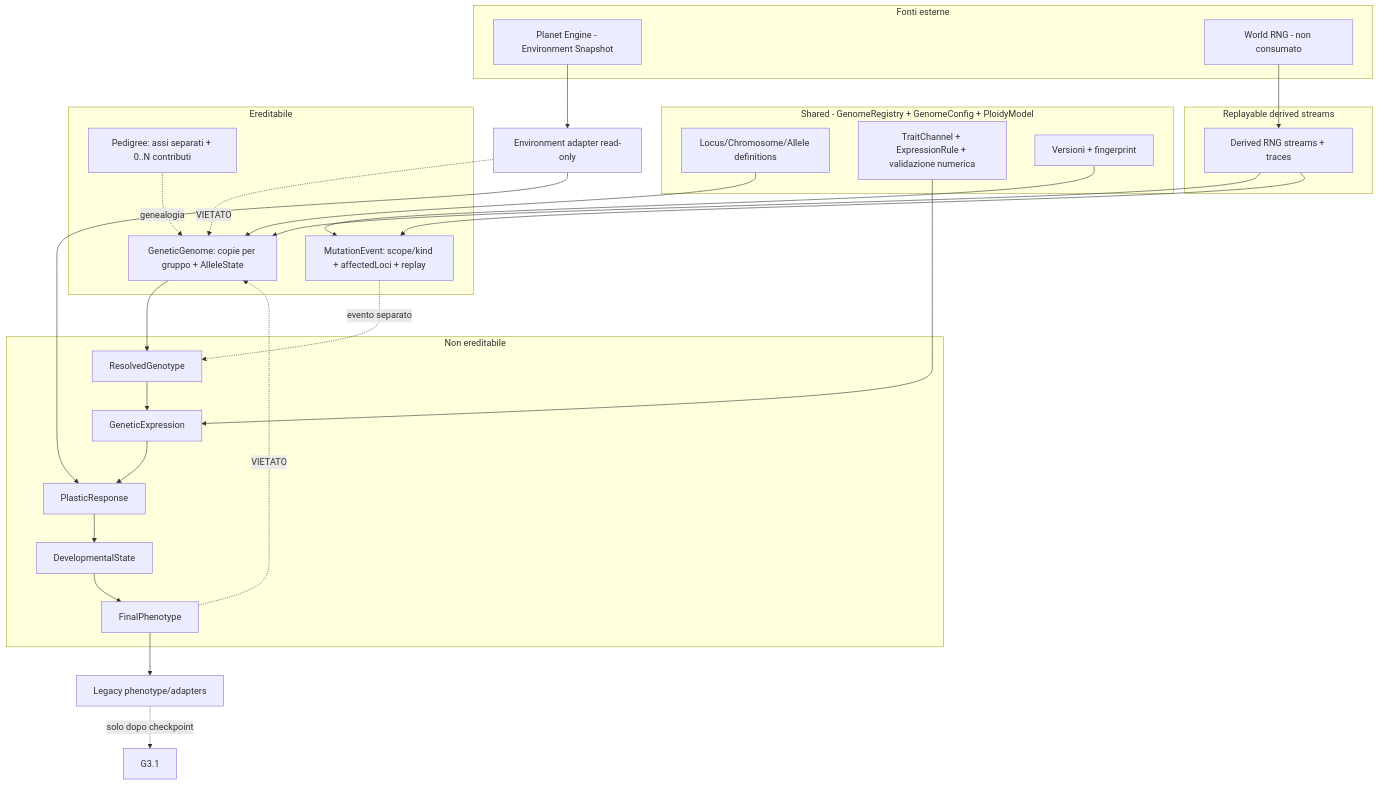
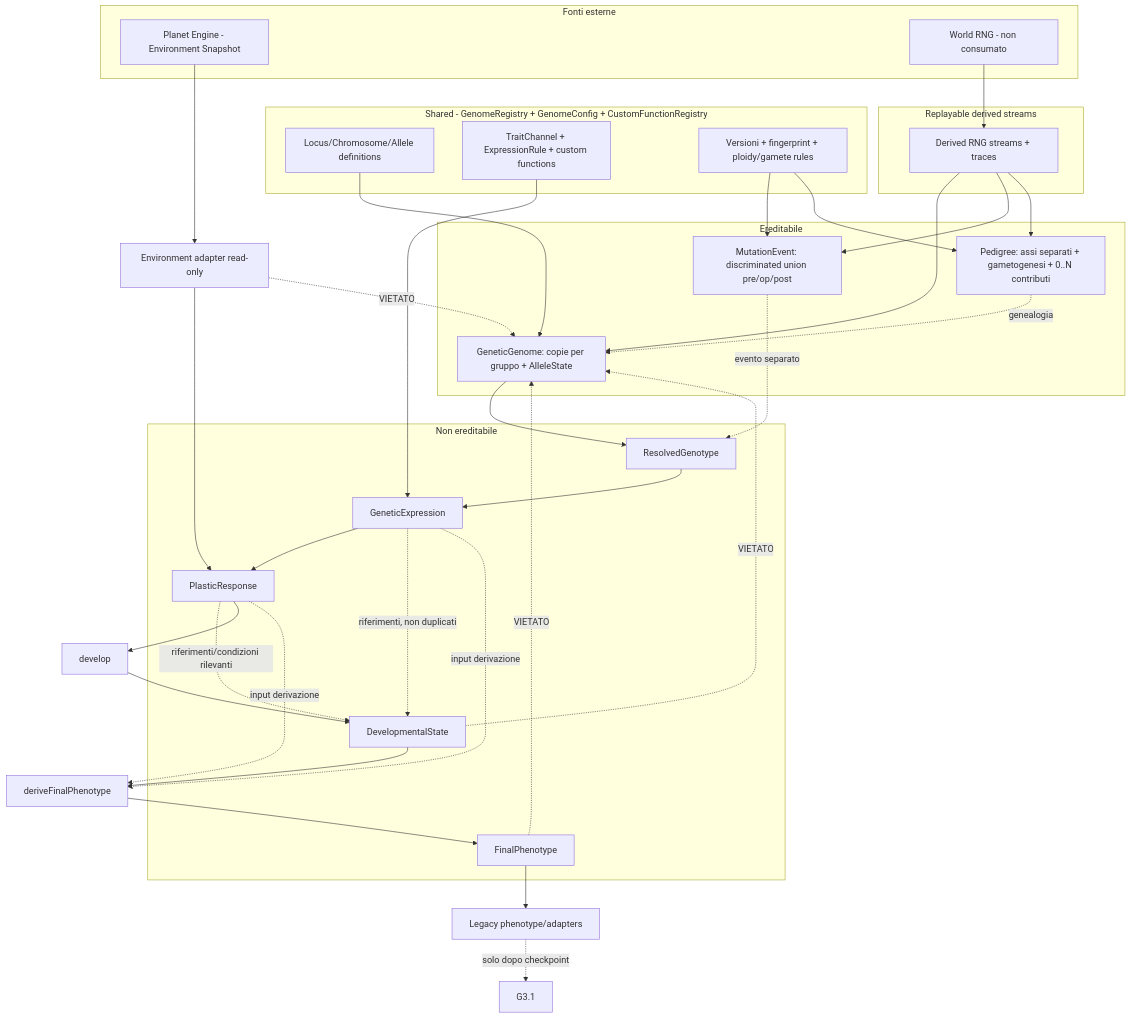
One commit to misteryone2/Evoworld changed the diagram in docs/genome/GENOME_ARCHITECTURE.md. Above: the diagram before and after it, drawn with Mermaid. The commit also changed other lines of this file and 6 other files, not shown here.

````diff
--- a/docs/genome/GENOME_ARCHITECTURE.md
+++ b/docs/genome/GENOME_ARCHITECTURE.md
@@ -184,48 +236,59 @@
 ```mermaid
 flowchart TD
-    subgraph REG[Shared - GenomeRegistry + GenomeConfig + PloidyModel]
+    subgraph REG[Shared - GenomeRegistry + GenomeConfig + CustomFunctionRegistry]
         R1[Locus/Chromosome/Allele definitions]
-        R2[TraitChannel + ExpressionRule + validazione numerica]
-        R3[Versioni + fingerprint]
+        R2[TraitChannel + ExpressionRule + custom functions]
+        R3[Versioni + fingerprint + ploidy/gamete rules]
     end
 
     subgraph SRC[Fonti esterne]
         PE[Planet Engine - Environment Snapshot]
         W[World RNG - non consumato]
     end
 
     subgraph RNG[Replayable derived streams]
         D[Derived RNG streams + traces]
     end
 
     subgraph HER[Ereditabile]
         G[GeneticGenome: copie per gruppo + AlleleState]
-        M[MutationEvent: scope/kind + affectedLoci + replay]
-        P[Pedigree: assi separati + 0..N contributi]
+        M[MutationEvent: discriminated union pre/op/post]
+        P[Pedigree: assi separati + gametogenesi + 0..N contributi]
     end
 
     subgraph PH[Non ereditabile]
         RG[ResolvedGenotype]
         GE[GeneticExpression]
         PR[PlasticResponse]
         DV[DevelopmentalState]
         FP[FinalPhenotype]
     end
 
     PE --> AD[Environment adapter read-only]
     AD --> PR
     W --> D
     D --> G
     D --> M
+    D --> P
     R1 --> G
     R2 --> GE
     R3 --> M
-    G --> RG --> GE --> PR --> DV --> FP
+    R3 --> P
+    G --> RG --> GE --> PR
+    GE -. riferimenti, non duplicati .-> DV
+    PR -. riferimenti/condizioni rilevanti .-> DV
+    PR --> DVPROC[develop]
+    DVPROC --> DV
+    DV --> FPROC[deriveFinalPhenotype]
+    GE -. input derivazione .-> FPROC
+    PR -. input derivazione .-> FPROC
+    FPROC --> FP
     M -. evento separato .-> RG
     P -. genealogia .-> G
     FP --> LEG[Legacy phenotype/adapters]
     LEG -. solo dopo checkpoint .-> G31[G3.1]
 
     AD -. VIETATO .-> G
+    DV -. VIETATO .-> G
     FP -. VIETATO .-> G
 ```
````
